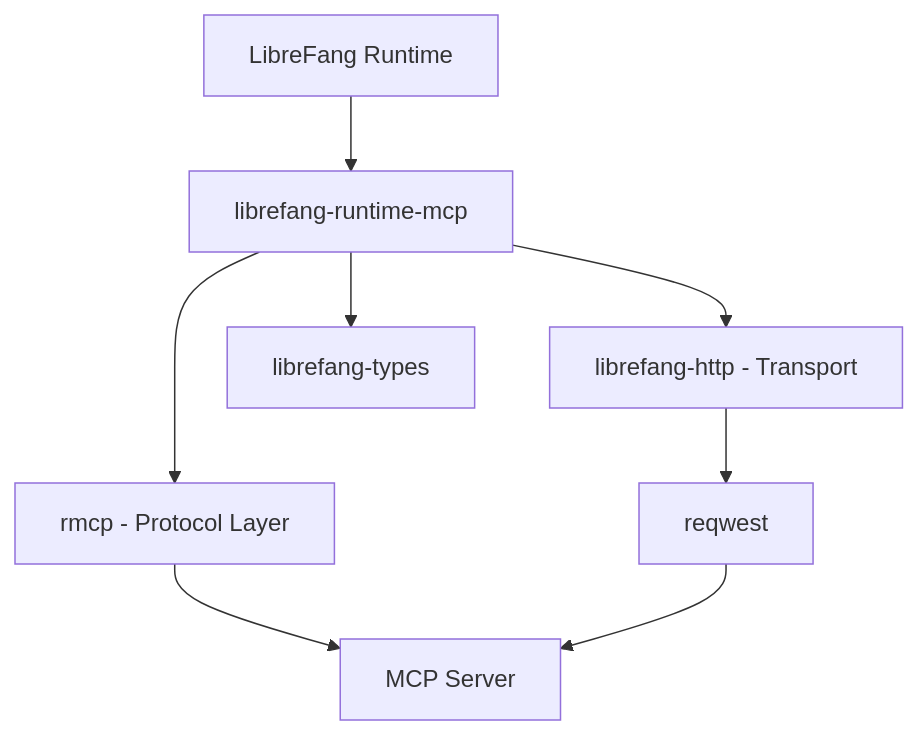
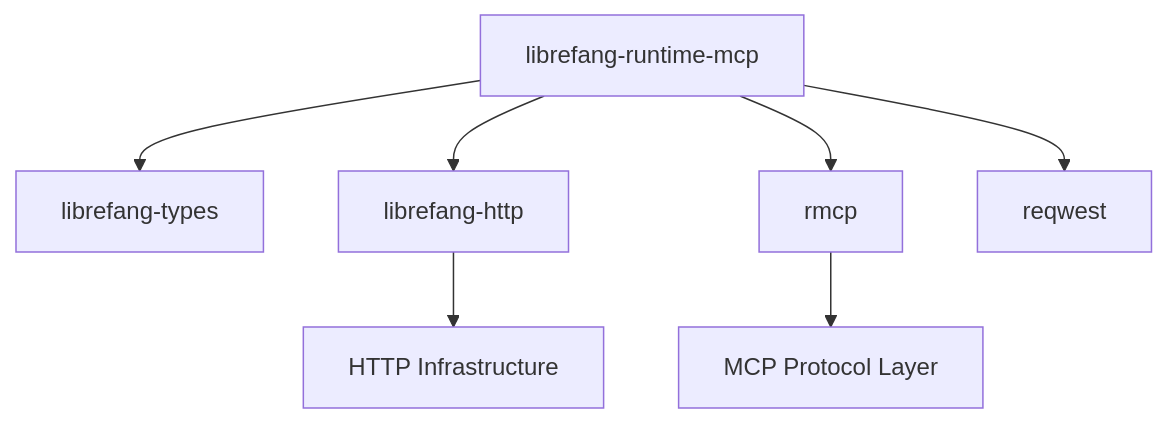
The diagram in other-librefang-runtime-mcp.md (leszek3737/librefang-WIki), drawn with Mermaid before and after one commit. The commit also changed other lines of this file and 98 other files, not shown here.

````diff
--- a/other-librefang-runtime-mcp.md
+++ b/other-librefang-runtime-mcp.md
@@ -30,10 +18,9 @@
 ```mermaid
 graph TD
-    A[LibreFang Runtime] --> B[librefang-runtime-mcp]
-    B --> C[rmcp - Protocol Layer]
-    B --> D[librefang-http - Transport]
-    D --> E[reqwest]
-    B --> F[librefang-types]
-    C --> G[MCP Server]
-    E --> G
+    A[librefang-runtime-mcp] --> B[librefang-types]
+    A --> C[librefang-http]
+    A --> D[rmcp]
+    A --> E[reqwest]
+    D --> F[MCP Protocol Layer]
+    C --> G[HTTP Infrastructure]
 ```
````
